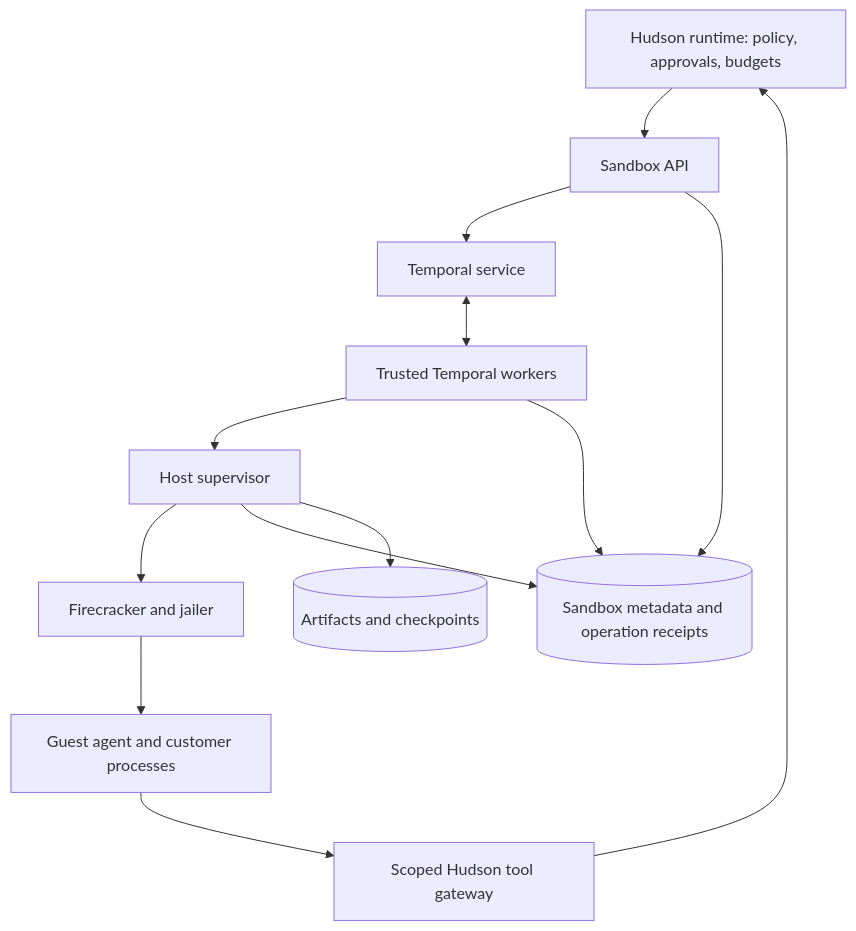
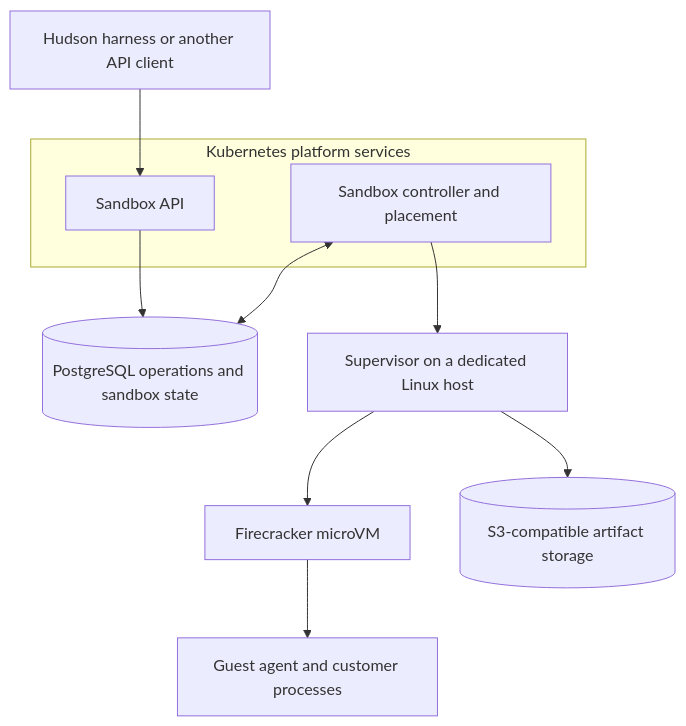
Before and after one commit to hudson-infinity/hudson-sandbox: the diagram in docs/implementation.md, drawn with Mermaid. The commit also changed other lines of this file and 1 other file, not shown here.

Commit message:
docs: separate sandbox tool from Hudson orchestration

````diff
--- a/docs/implementation.md
+++ b/docs/implementation.md
@@ -33,15 +60,14 @@
 ```mermaid
 flowchart TD
-    H[Hudson runtime: policy, approvals, budgets] --> A[Sandbox API]
-    A --> T[Temporal service]
-    T <--> W[Trusted Temporal workers]
-    W --> S[Host supervisor]
-    S --> F[Firecracker and jailer]
+    H[Hudson harness or another API client] --> A
+    subgraph K[Kubernetes platform services]
+        A[Sandbox API]
+        C[Sandbox controller and placement]
+    end
+    A --> D[(PostgreSQL operations and sandbox state)]
+    C <--> D
+    C --> S[Supervisor on a dedicated Linux host]
+    S --> F[Firecracker microVM]
     F --> G[Guest agent and customer processes]
-    G --> B[Scoped Hudson tool gateway]
-    B --> H
-    A --> D[(Sandbox metadata and operation receipts)]
-    W --> D
-    S --> D
-    S --> O[(Artifacts and checkpoints)]
+    S --> O[(S3-compatible artifact storage)]
 ```
````
